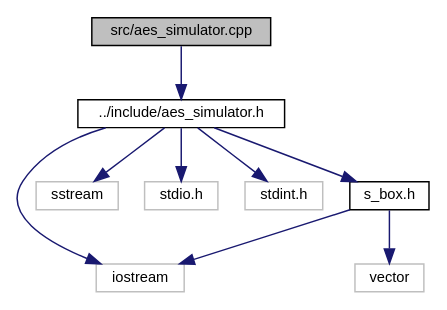
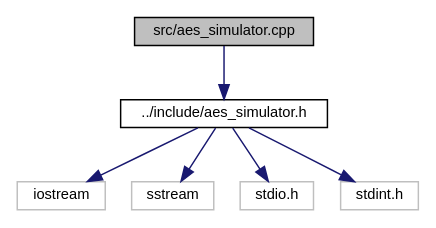
One commit to Eric-Durr/PRCT06-AES changed the diagram in docs/aes__simulator_8cpp__incl.dot. Above: the diagram before and after it, drawn with Graphviz. The commit also changed 35 other files, not shown here.

```diff
--- a/docs/aes__simulator_8cpp__incl.dot
+++ b/docs/aes__simulator_8cpp__incl.dot
@@ -1,22 +1,17 @@
 digraph "src/aes_simulator.cpp"
 {
  // LATEX_PDF_SIZE
   edge [fontname="Helvetica",fontsize="10",labelfontname="Helvetica",labelfontsize="10"];
   node [fontname="Helvetica",fontsize="10",shape=record];
   Node1 [label="src/aes_simulator.cpp",height=0.2,width=0.4,color="black", fillcolor="grey75", style="filled", fontcolor="black",tooltip=" "];
   Node1 -> Node2 [color="midnightblue",fontsize="10",style="solid",fontname="Helvetica"];
   Node2 [label="../include/aes_simulator.h",height=0.2,width=0.4,color="black", fillcolor="white", style="filled",URL="$aes__simulator_8h.html",tooltip=" "];
   Node2 -> Node3 [color="midnightblue",fontsize="10",style="solid",fontname="Helvetica"];
   Node3 [label="iostream",height=0.2,width=0.4,color="grey75", fillcolor="white", style="filled",tooltip=" "];
   Node2 -> Node4 [color="midnightblue",fontsize="10",style="solid",fontname="Helvetica"];
   Node4 [label="sstream",height=0.2,width=0.4,color="grey75", fillcolor="white", style="filled",tooltip=" "];
   Node2 -> Node5 [color="midnightblue",fontsize="10",style="solid",fontname="Helvetica"];
   Node5 [label="stdio.h",height=0.2,width=0.4,color="grey75", fillcolor="white", style="filled",tooltip=" "];
   Node2 -> Node6 [color="midnightblue",fontsize="10",style="solid",fontname="Helvetica"];
   Node6 [label="stdint.h",height=0.2,width=0.4,color="grey75", fillcolor="white", style="filled",tooltip=" "];
-  Node2 -> Node7 [color="midnightblue",fontsize="10",style="solid",fontname="Helvetica"];
-  Node7 [label="s_box.h",height=0.2,width=0.4,color="black", fillcolor="white", style="filled",URL="$s__box_8h.html",tooltip=" "];
-  Node7 -> Node8 [color="midnightblue",fontsize="10",style="solid",fontname="Helvetica"];
-  Node8 [label="vector",height=0.2,width=0.4,color="grey75", fillcolor="white", style="filled",tooltip=" "];
-  Node7 -> Node3 [color="midnightblue",fontsize="10",style="solid",fontname="Helvetica"];
 }
```
